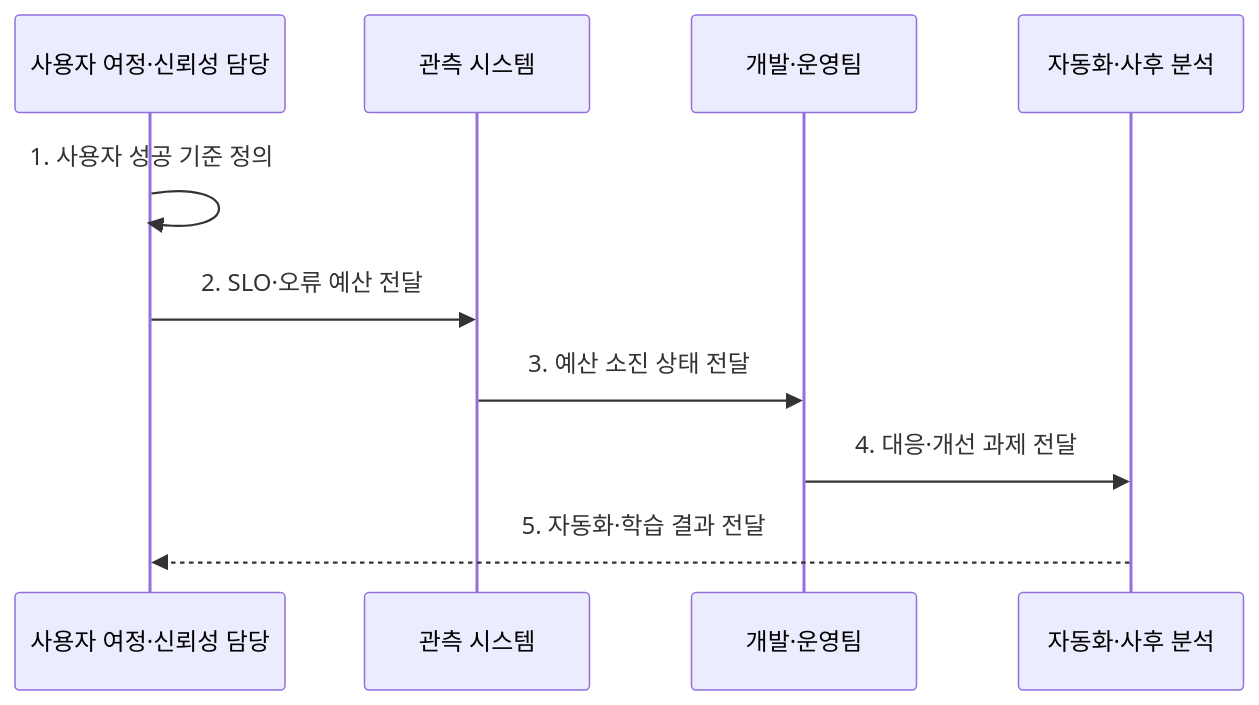
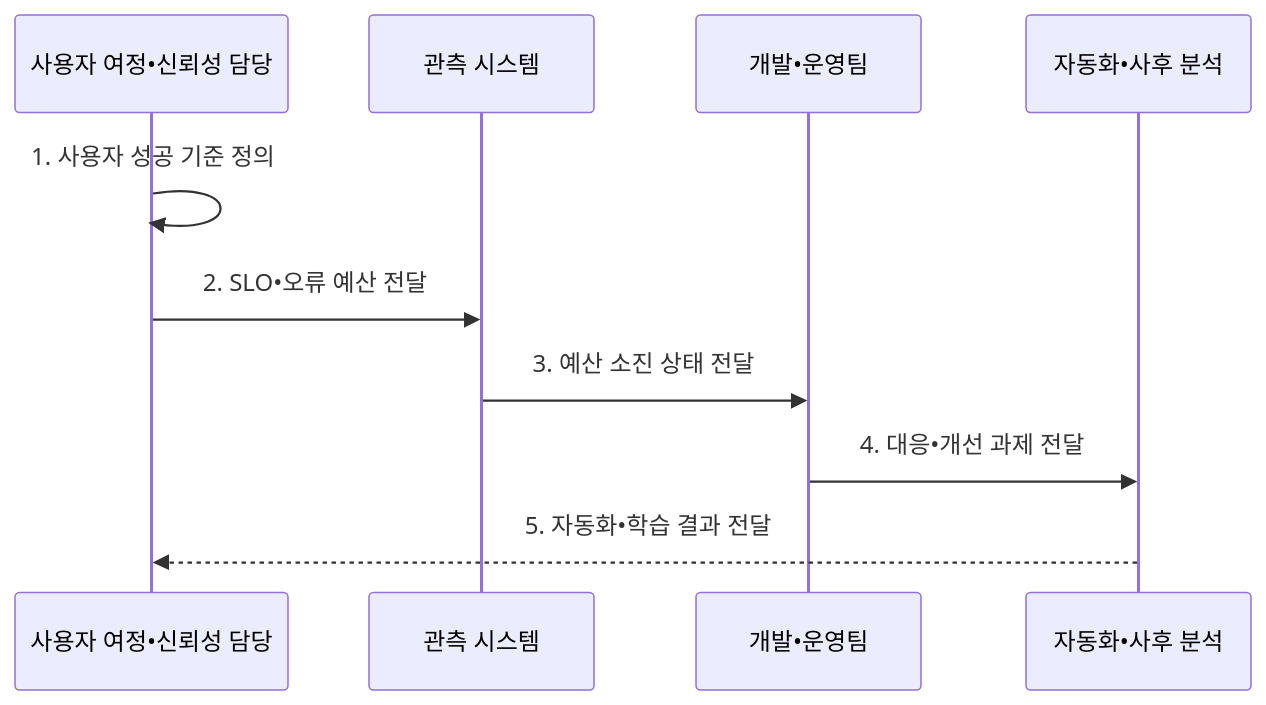
Before and after one commit to agnusdei1207/knowledge-base: the second of 2 diagrams in src/content/docs/notes/08-latest-tech/172_sre.md, drawn with Mermaid. The commit also changed other lines of this file and 953 other files, not shown here.

````diff
--- a/src/content/docs/notes/08-latest-tech/172_sre.md
+++ b/src/content/docs/notes/08-latest-tech/172_sre.md
@@ -105,12 +105,12 @@
 ```mermaid
 sequenceDiagram
-    participant R as 사용자 여정·신뢰성 담당
+    participant R as 사용자 여정•신뢰성 담당
     participant M as 관측 시스템
-    participant D as 개발·운영팀
-    participant A as 자동화·사후 분석
+    participant D as 개발•운영팀
+    participant A as 자동화•사후 분석
     R->>R: 1. 사용자 성공 기준 정의
-    R->>M: 2. SLO·오류 예산 전달
+    R->>M: 2. SLO•오류 예산 전달
     M->>D: 3. 예산 소진 상태 전달
-    D->>A: 4. 대응·개선 과제 전달
-    A-->>R: 5. 자동화·학습 결과 전달
+    D->>A: 4. 대응•개선 과제 전달
+    A-->>R: 5. 자동화•학습 결과 전달
 ```
````
